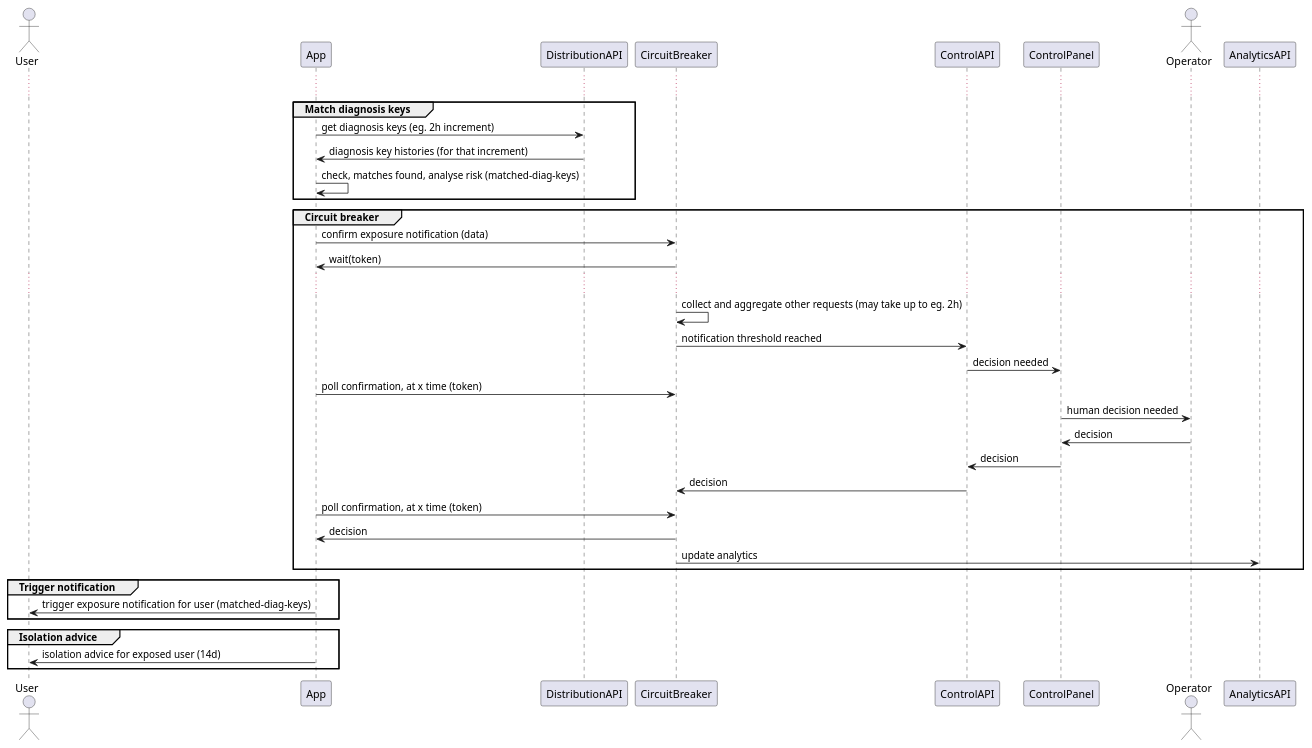
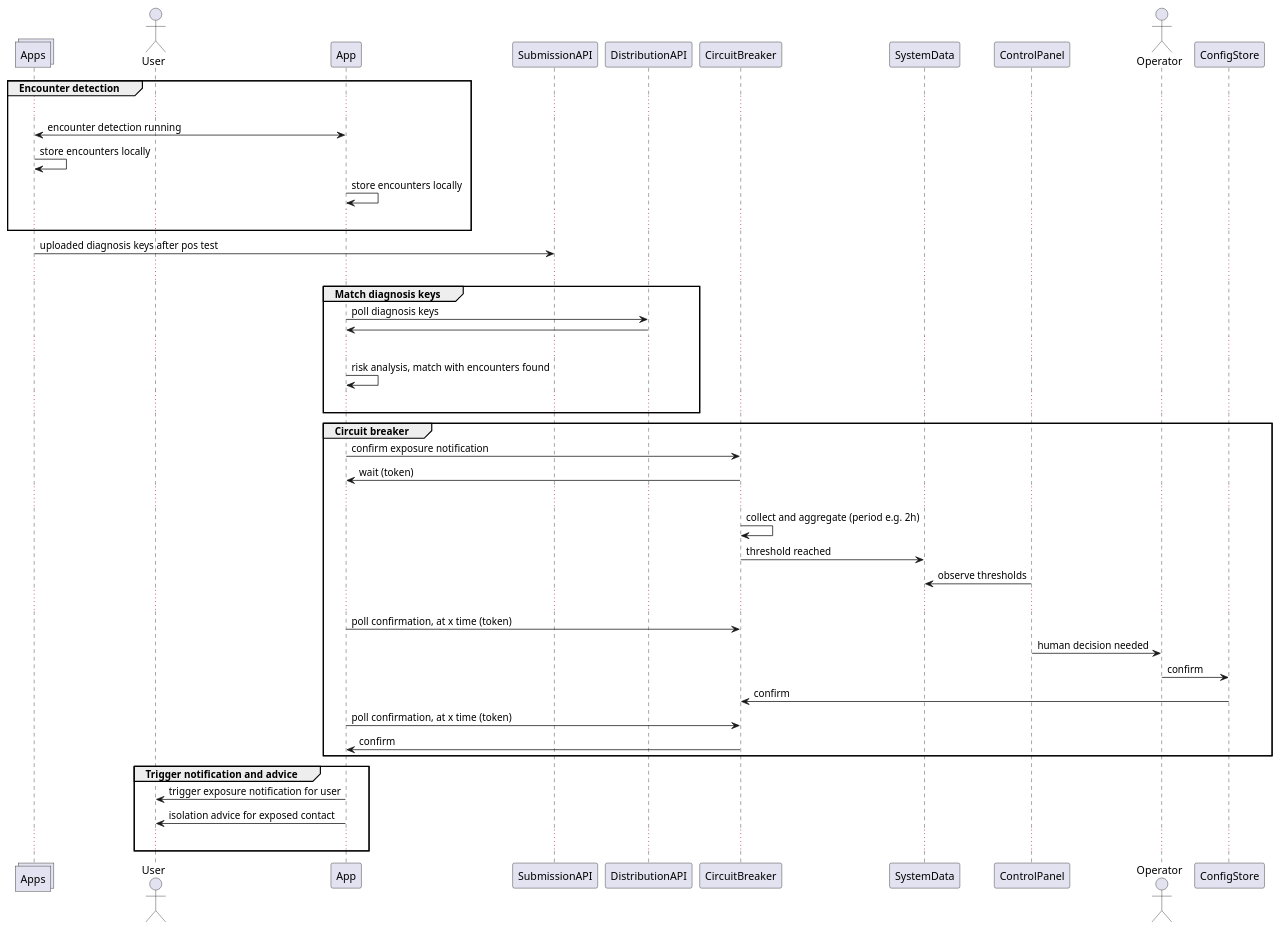
Before and after one commit to ukhsa-collaboration/covid19-app-system-public: the diagram in doc/architecture/diagrams/plant-uml/sys-flow-trigger-exposure-notification.puml, drawn with PlantUML. The commit also changed 445 other files, not shown here.

```diff
--- a/doc/architecture/diagrams/plant-uml/sys-flow-trigger-exposure-notification.puml
+++ b/doc/architecture/diagrams/plant-uml/sys-flow-trigger-exposure-notification.puml
@@ -1,43 +1,52 @@
 @startuml system-flow_matching-diagnosis-keys-trigger-exposure-notification
 
+
+Collections Apps
 Actor User
 
+group Encounter detection
 ...
+Apps <-> App : encounter detection running
+Apps -> Apps : store encounters locally
+App -> App : store encounters locally 
+...
+end
+Apps -> SubmissionAPI : uploaded diagnosis keys after pos test
+...
+
+
 group Match diagnosis keys
-  App -> DistributionAPI : get diagnosis keys (eg. 2h increment)
-  App <- DistributionAPI : diagnosis key histories (for that increment)
+  App -> DistributionAPI : poll diagnosis keys
+  App <- DistributionAPI : 
 
-  App -> App : check, matches found, analyse risk (matched-diag-keys)
+  ...
+
+App -> App: risk analysis, match with encounters found
+...
 end
 group Circuit breaker
-  App -> CircuitBreaker : confirm exposure notification (data)
-  App <- CircuitBreaker : wait(token)
+  App -> CircuitBreaker : confirm exposure notification
+  App <- CircuitBreaker : wait (token)
   ...
-  CircuitBreaker -> CircuitBreaker : collect and aggregate other requests (may take up to eg. 2h)
-  CircuitBreaker -> ControlAPI : notification threshold reached
+  CircuitBreaker -> CircuitBreaker : collect and aggregate (period e.g. 2h)
+  CircuitBreaker -> SystemData : threshold reached
 
-  ControlAPI -> ControlPanel : decision needed
-  
+  SystemData <- ControlPanel : observe thresholds
+  ...
   App -> CircuitBreaker : poll confirmation, at x time (token)
     Actor Operator
   ControlPanel -> Operator :  human decision needed
-  ControlPanel <- Operator :  decision
-
-  ControlAPI <- ControlPanel : decision
-  CircuitBreaker <- ControlAPI : decision
+  ConfigStore <- Operator :  confirm
+  CircuitBreaker <- ConfigStore : confirm
 
   App -> CircuitBreaker : poll confirmation, at x time (token)
-  App <- CircuitBreaker : decision
-
-  CircuitBreaker -> AnalyticsAPI : update analytics
+  App <- CircuitBreaker : confirm
 end
 
-group Trigger notification
-  App -> User : trigger exposure notification for user (matched-diag-keys)
-end
-
-group Isolation advice
-  App -> User : isolation advice for exposed user (14d)
+group Trigger notification and advice
+  App -> User : trigger exposure notification for user
+  App -> User : isolation advice for exposed contact
+  ...
 end 
 
 @enduml
```
